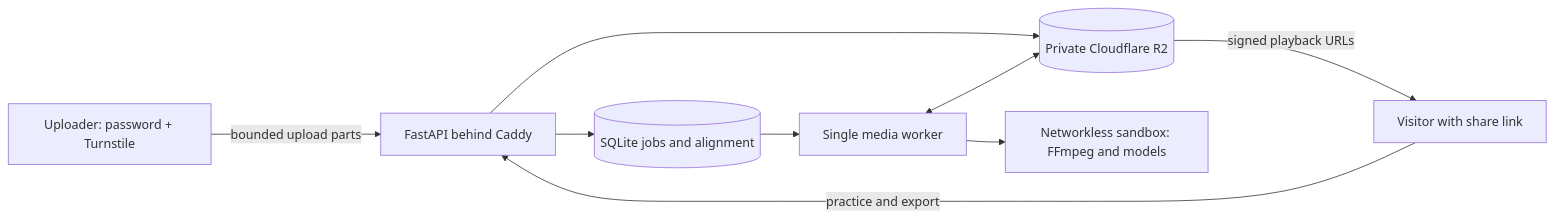
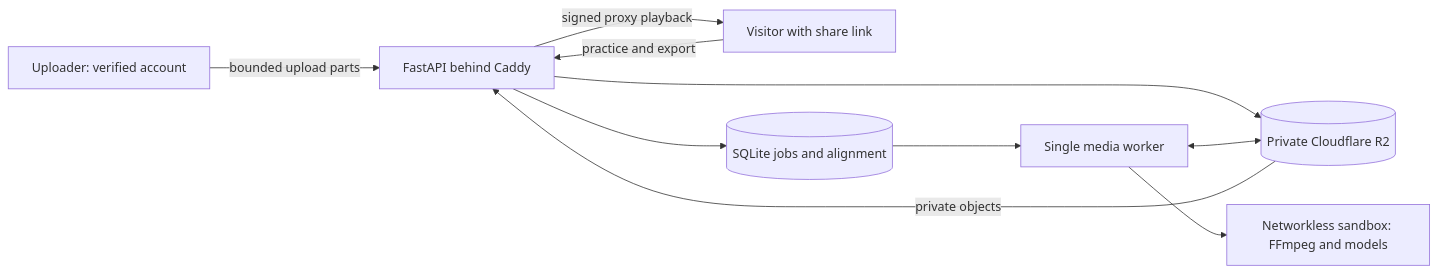
One commit to anopows/dance-video-practice changed the diagram in README.md. Above: the diagram before and after it, drawn with Mermaid. The commit also changed other lines of this file and 46 other files, not shown here.

````diff
--- a/README.md
+++ b/README.md
@@ -53,11 +55,12 @@
 ```mermaid
 flowchart LR
-  U[Uploader: password + Turnstile] -->|bounded upload parts| A[FastAPI behind Caddy]
+  U[Uploader: verified account] -->|bounded upload parts| A[FastAPI behind Caddy]
   V[Visitor with share link] -->|practice and export| A
   A --> Q[(SQLite jobs and alignment)]
   A --> R[(Private Cloudflare R2)]
   Q --> W[Single media worker]
   W <--> R
   W --> S[Networkless sandbox: FFmpeg and models]
-  R -->|signed playback URLs| V
+  R -->|private objects| A
+  A -->|signed proxy playback| V
 ```
````
